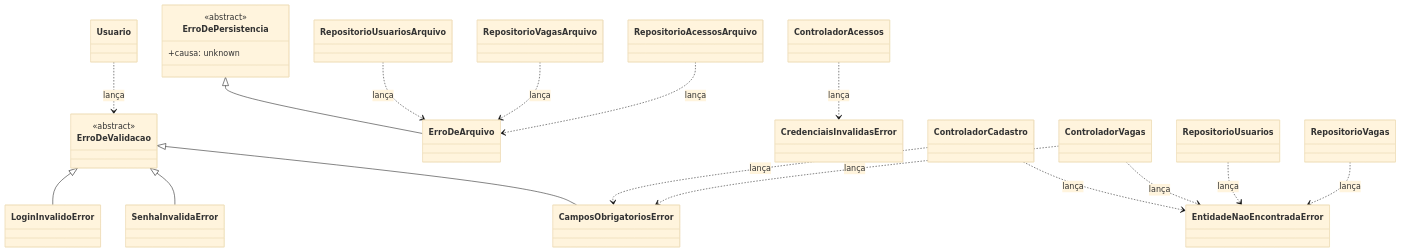
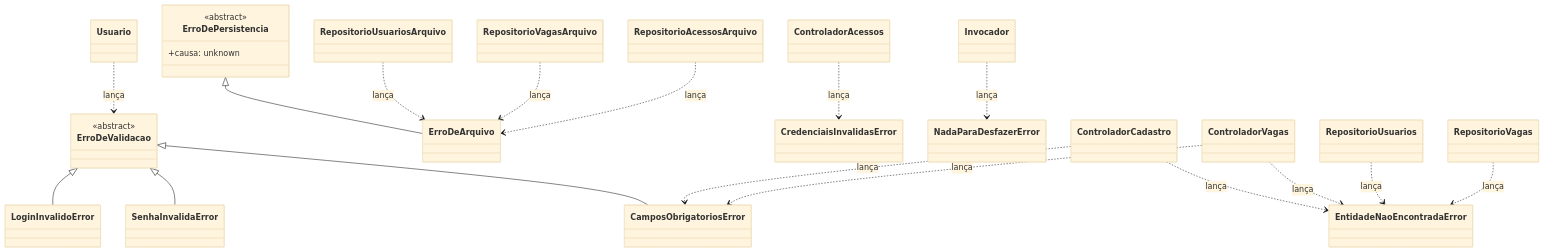
The second of 2 diagrams in docs/08-projeto.md (beapessoa/Ponte-mps), drawn with Mermaid (base theme) before and after one commit. The commit also changed other lines of this file, not shown here.

Commit message:
docs(projeto): atualizar diagrama de classes e tabela de padroes com Command e Memento

````diff
--- a/docs/08-projeto.md
+++ b/docs/08-projeto.md
@@ -205,28 +249,30 @@
 ```mermaid
 classDiagram
     class ErroDeValidacao {
         <<abstract>>
     }
     ErroDeValidacao <|-- LoginInvalidoError
     ErroDeValidacao <|-- SenhaInvalidaError
     ErroDeValidacao <|-- CamposObrigatoriosError
     class ErroDePersistencia {
         <<abstract>>
         +causa: unknown
     }
     ErroDePersistencia <|-- ErroDeArquivo
     class EntidadeNaoEncontradaError
     class CredenciaisInvalidasError
+    class NadaParaDesfazerError
 
     Usuario ..> ErroDeValidacao : lança
     ControladorCadastro ..> CamposObrigatoriosError : lança
     ControladorVagas ..> CamposObrigatoriosError : lança
     ControladorCadastro ..> EntidadeNaoEncontradaError : lança
     ControladorVagas ..> EntidadeNaoEncontradaError : lança
     ControladorAcessos ..> CredenciaisInvalidasError : lança
+    Invocador ..> NadaParaDesfazerError : lança
     RepositorioUsuariosArquivo ..> ErroDeArquivo : lança
     RepositorioVagasArquivo ..> ErroDeArquivo : lança
     RepositorioAcessosArquivo ..> ErroDeArquivo : lança
     RepositorioUsuarios ..> EntidadeNaoEncontradaError : lança
     RepositorioVagas ..> EntidadeNaoEncontradaError : lança
 ```
````
